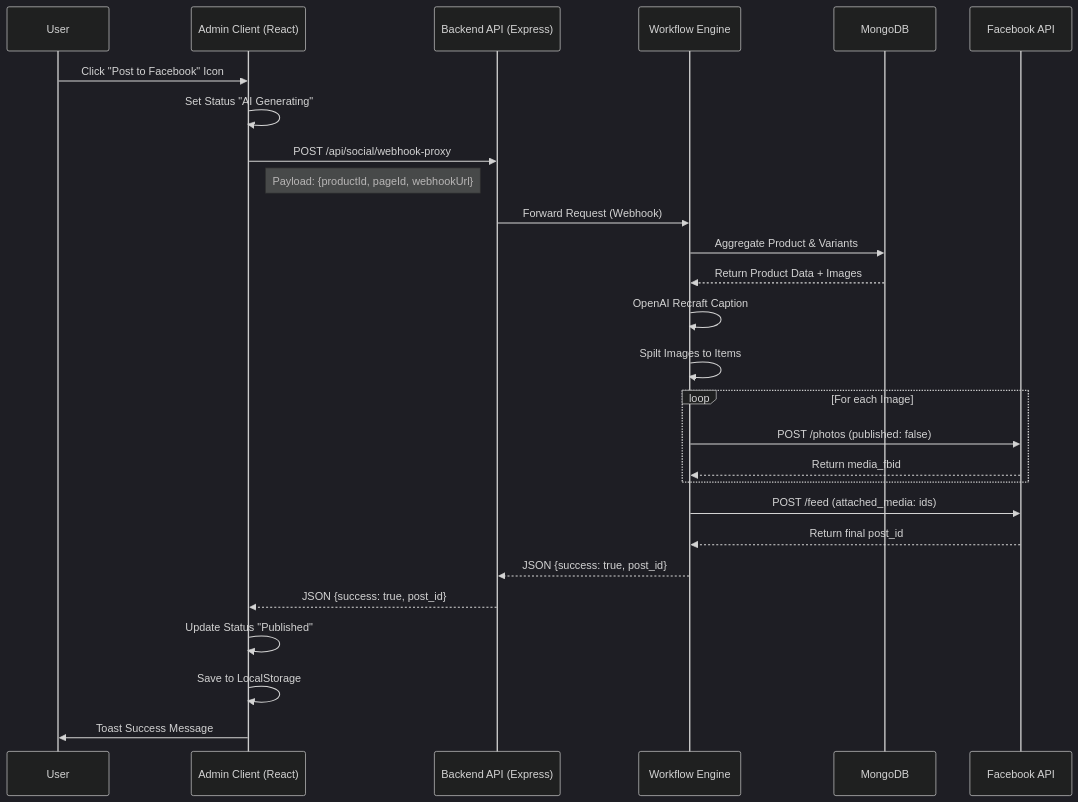
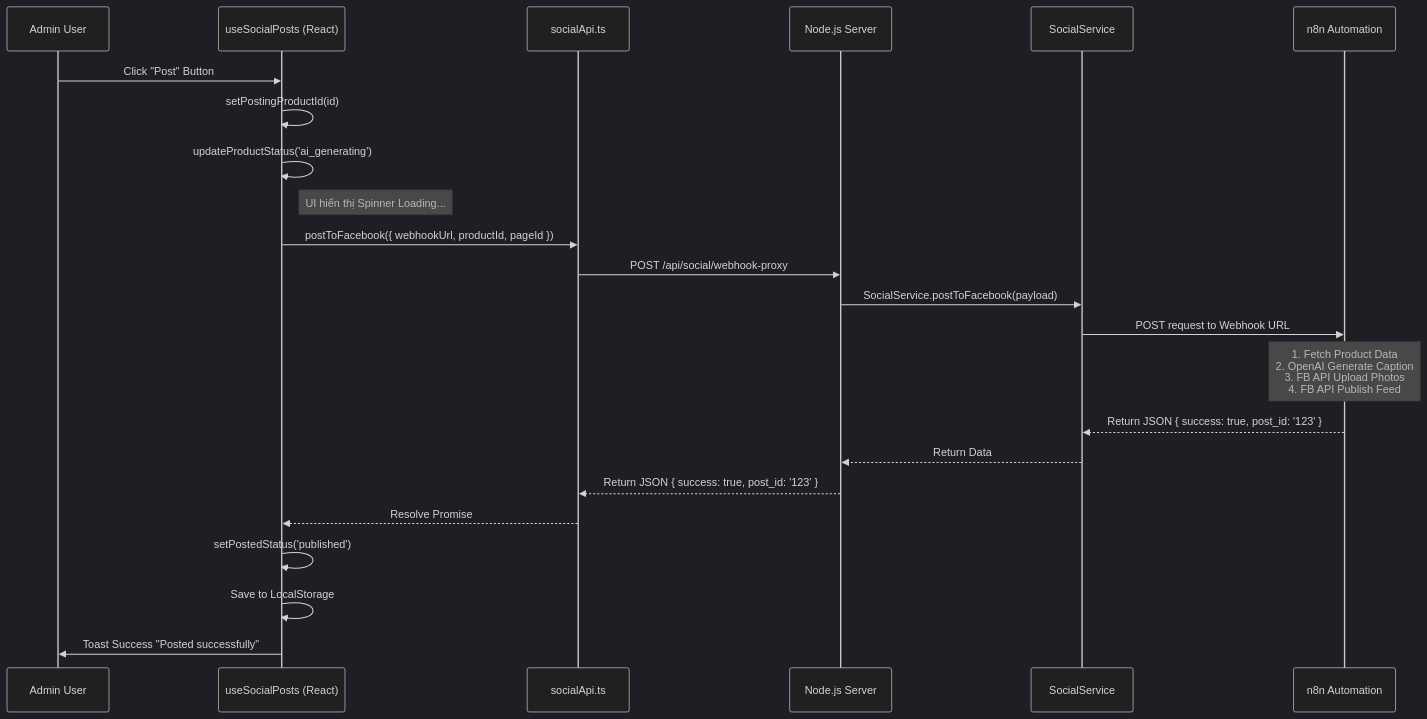
Before and after one commit to nguyen-le-huy/devenir: the diagram in .agent/workflow/FacebookPost/UploadingPost.md, drawn with Mermaid (dark theme). The commit also changed other lines of this file and 7 other files, not shown here.

````diff
--- a/.agent/workflow/FacebookPost/UploadingPost.md
+++ b/.agent/workflow/FacebookPost/UploadingPost.md
@@ -36,37 +26,31 @@
 ```mermaid
 sequenceDiagram
-    participant User
-    participant ClientUI as Admin Client (React)
-    participant Server as Backend API (Express)
-    participant n8n as Workflow Engine
-    participant DB as MongoDB
-    participant FB as Facebook API
+    participant Admin as Admin User
+    participant Hook as useSocialPosts (React)
+    participant API as socialApi.ts
+    participant Server as Node.js Server
+    participant Service as SocialService
+    participant n8n as n8n Automation
+    
+    Admin->>Hook: Click "Post" Button
+    Hook->>Hook: setPostingProductId(id)
+    Hook->>Hook: updateProductStatus('ai_generating')
+    Note right of Hook: UI hiển thị Spinner Loading...
 
-    User->>ClientUI: Click "Post to Facebook" Icon
-    ClientUI->>ClientUI: Set Status "AI Generating"
-    ClientUI->>Server: POST /api/social/webhook-proxy
-    Note right of ClientUI: Payload: {productId, pageId, webhookUrl}
+    Hook->>API: postToFacebook({ webhookUrl, productId, pageId })
+    API->>Server: POST /api/social/webhook-proxy
     
-    Server->>n8n: Forward Request (Webhook)
+    Server->>Service: SocialService.postToFacebook(payload)
+    Service->>n8n: POST request to Webhook URL
     
-    n8n->>DB: Aggregate Product & Variants
-    DB-->>n8n: Return Product Data + Images
+    Note over n8n: 1. Fetch Product Data<br/>2. OpenAI Generate Caption<br/>3. FB API Upload Photos<br/>4. FB API Publish Feed
     
-    n8n->>n8n: OpenAI Recraft Caption
-    n8n->>n8n: Spilt Images to Items
+    n8n-->>Service: Return JSON { success: true, post_id: '123' }
+    Service-->>Server: Return Data
+    Server-->>API: Return JSON { success: true, post_id: '123' }
     
-    loop For each Image
-        n8n->>FB: POST /photos (published: false)
-        FB-->>n8n: Return media_fbid
-    end
-    
-    n8n->>FB: POST /feed (attached_media: ids)
-    FB-->>n8n: Return final post_id
-    
-    n8n-->>Server: JSON {success: true, post_id}
-    Server-->>ClientUI: JSON {success: true, post_id}
-    
-    ClientUI->>ClientUI: Update Status "Published"
-    ClientUI->>ClientUI: Save to LocalStorage
-    ClientUI->>User: Toast Success Message
+    API-->>Hook: Resolve Promise
+    Hook->>Hook: setPostedStatus('published')
+    Hook->>Hook: Save to LocalStorage
+    Hook->>Admin: Toast Success "Posted successfully"
 ```
````
